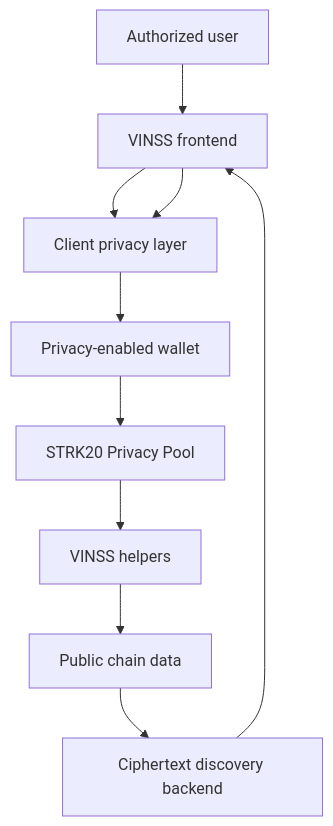
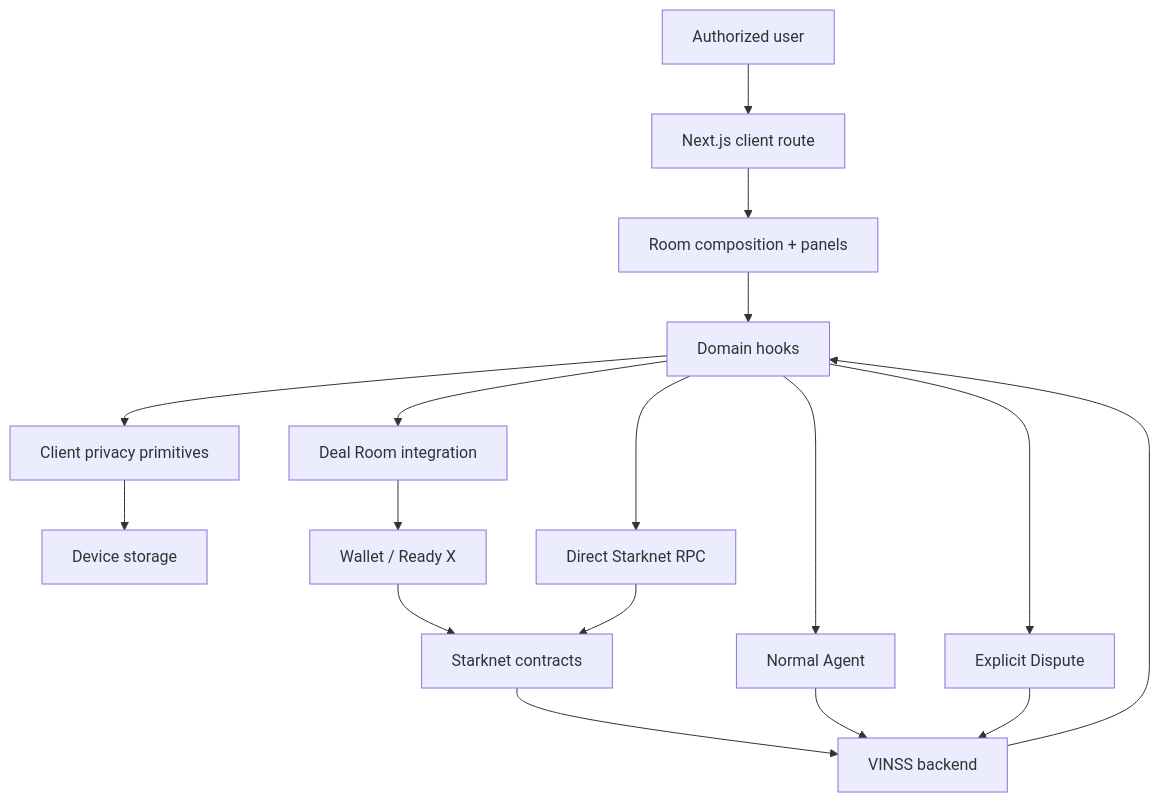
One commit to DXJLabs/vinss changed the eighth of 8 diagrams in docs/technical/frontend/architecture.md. Above: the diagram before and after it, drawn with Mermaid. The commit also changed other lines of this file and 14 other files, not shown here.

Commit message:
docs(frontend): align technical documentation with current architecture

````diff
--- a/docs/technical/frontend/architecture.md
+++ b/docs/technical/frontend/architecture.md
@@ -71,21 +2495,40 @@
 ```mermaid
 flowchart TB
     USER["Authorized user"]
-    FRONTEND["VINSS frontend"]
-    PRIV["Client privacy layer"]
-    WALLET["Privacy-enabled wallet"]
-    POOL["STRK20 Privacy Pool"]
-    HELPERS["VINSS helpers"]
-    CHAIN["Public chain data"]
-    BACKEND["Ciphertext discovery backend"]
+    ROUTE["Next.js client route"]
+    COMP["Room composition + panels"]
+    DOM["Domain hooks"]
 
-    USER --> FRONTEND
-    FRONTEND --> PRIV
-    PRIV --> WALLET
-    WALLET --> POOL
-    POOL --> HELPERS
-    HELPERS --> CHAIN
+    PRIVATE["Client privacy primitives"]
+    LOCAL["Device storage"]
+
+    DOMAIN["Deal Room integration"]
+    WALLET["Wallet / Ready X"]
+    CHAIN["Starknet contracts"]
+
+    BACKEND["VINSS backend"]
+    RPC["Direct Starknet RPC"]
+
+    AGENT["Normal Agent"]
+    DISPUTE["Explicit Dispute"]
+
+    USER --> ROUTE
+    ROUTE --> COMP
+    COMP --> DOM
+    DOM --> PRIVATE
+    DOM --> DOMAIN
+    PRIVATE --> LOCAL
+    DOMAIN --> WALLET
+    WALLET --> CHAIN
+
     CHAIN --> BACKEND
-    BACKEND --> FRONTEND
-    FRONTEND --> PRIV
+    BACKEND --> DOM
+
+    RPC --> CHAIN
+    DOM --> RPC
+
+    DOM --> AGENT
+    DOM --> DISPUTE
+    AGENT --> BACKEND
+    DISPUTE --> BACKEND
 ```
````
